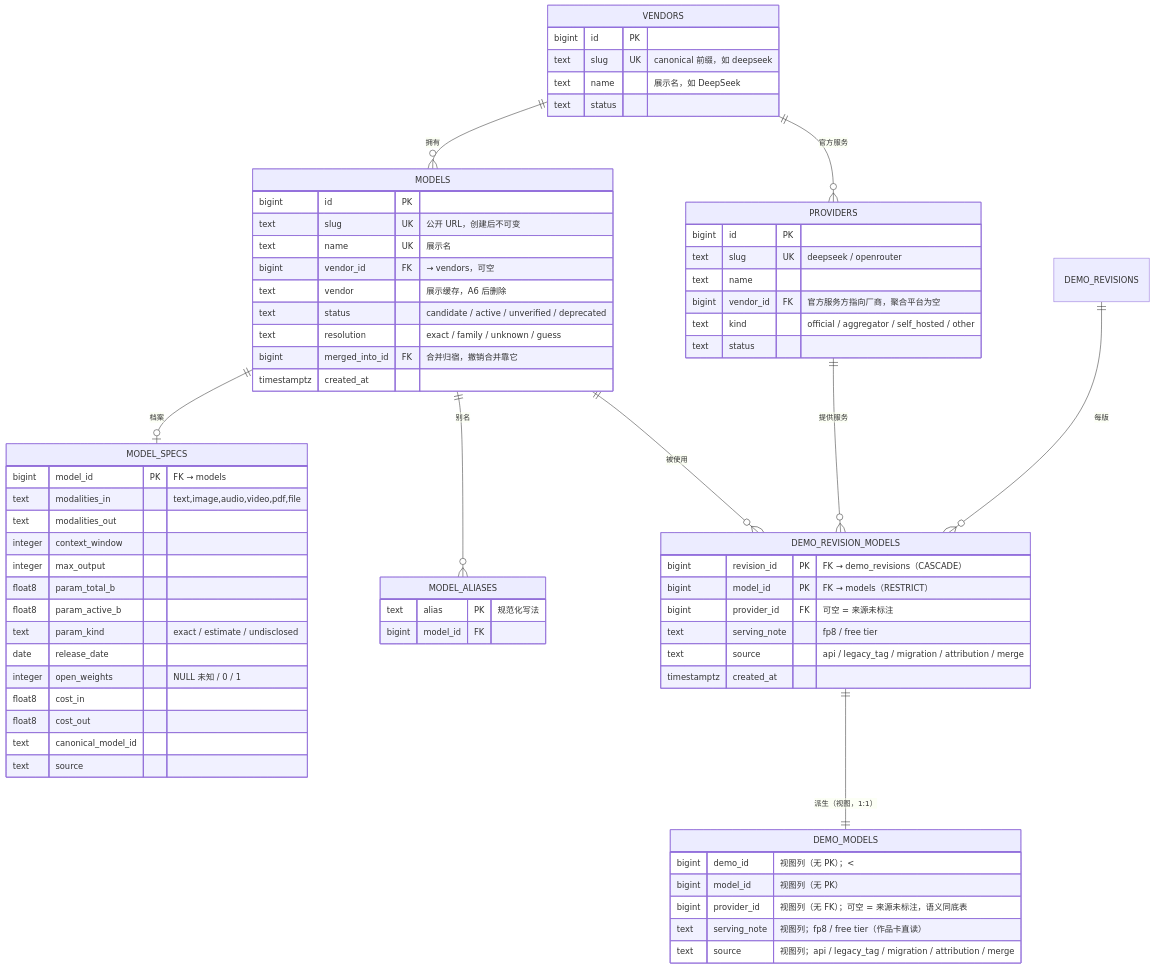
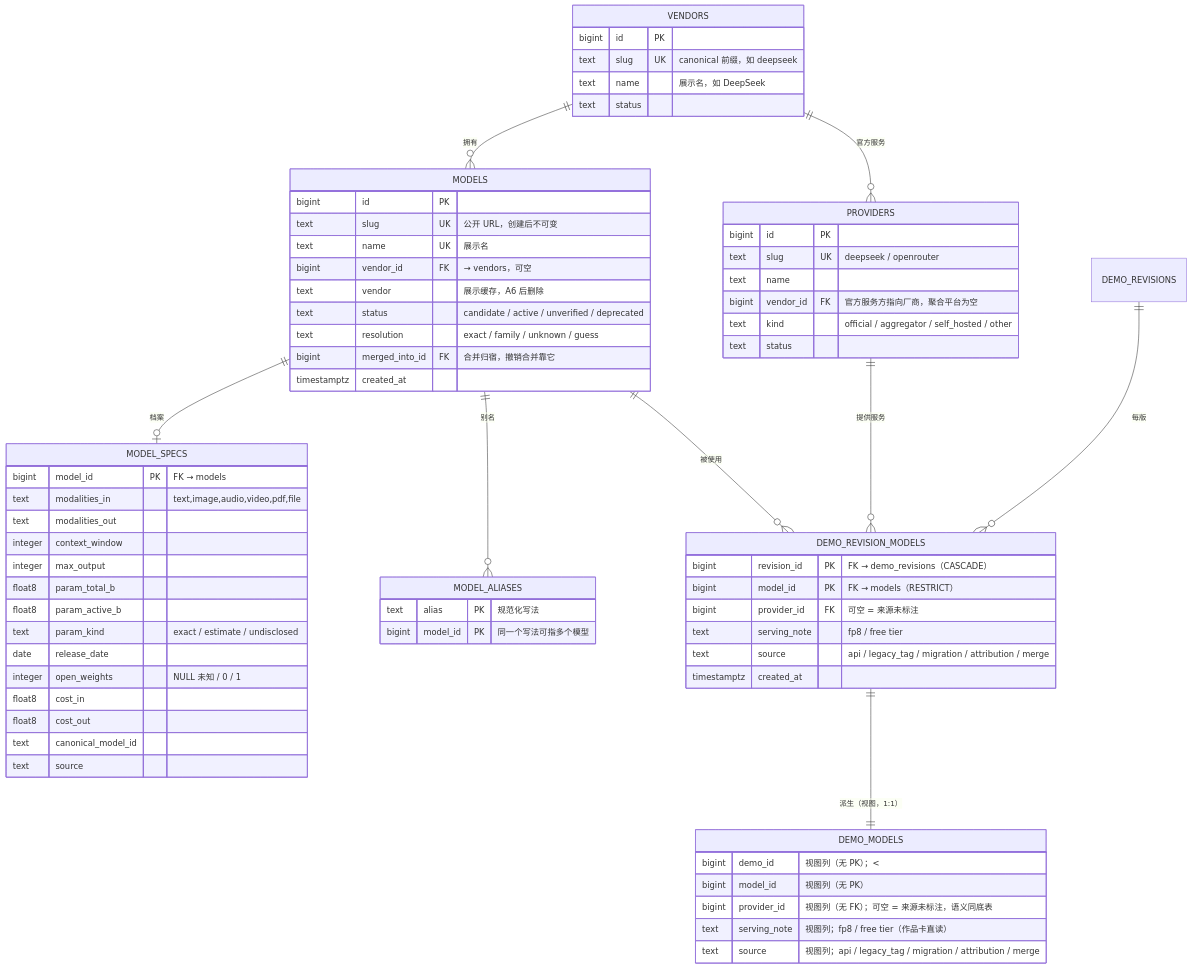
The fourth of 14 diagrams in docs/模型域设计.md (deepdemos/ds-demos-showcase), drawn with Mermaid before and after one commit. The commit also changed other lines of this file and 13 other files, not shown here.

````diff
--- a/docs/模型域设计.md
+++ b/docs/模型域设计.md
@@ -1108,71 +1108,71 @@
 ```mermaid
 erDiagram
     MODELS {
         bigint id PK
         text slug UK "公开 URL，创建后不可变"
         text name UK "展示名"
         bigint vendor_id FK "→ vendors，可空"
         text vendor "展示缓存，A6 后删除"
         text status "candidate / active / unverified / deprecated"
         text resolution "exact / family / unknown / guess"
         bigint merged_into_id FK "合并归宿，撤销合并靠它"
         timestamptz created_at
     }
     MODEL_ALIASES {
         text alias PK "规范化写法"
-        bigint model_id FK
+        bigint model_id PK "同一个写法可指多个模型"
     }
     MODEL_SPECS {
         bigint model_id PK "FK → models"
         text modalities_in "text,image,audio,video,pdf,file"
         text modalities_out
         integer context_window
         integer max_output
         float8 param_total_b
         float8 param_active_b
         text param_kind "exact / estimate / undisclosed"
         date release_date
         integer open_weights "NULL 未知 / 0 / 1"
         float8 cost_in
         float8 cost_out
         text canonical_model_id
         text source
     }
     DEMO_REVISION_MODELS {
         bigint revision_id PK "FK → demo_revisions（CASCADE）"
         bigint model_id PK "FK → models（RESTRICT）"
         bigint provider_id FK "可空 = 来源未标注"
         text serving_note "fp8 / free tier"
         text source "api / legacy_tag / migration / attribution / merge"
         timestamptz created_at
     }
     DEMO_MODELS {
         bigint demo_id "视图列（无 PK）；<<view>> demos ⋈ demo_revision_models(current)"
         bigint model_id "视图列（无 PK）"
         bigint provider_id "视图列（无 FK）；可空 = 来源未标注，语义同底表"
         text serving_note "视图列；fp8 / free tier（作品卡直读）"
         text source "视图列；api / legacy_tag / migration / attribution / merge"
     }
     PROVIDERS {
         bigint id PK
         text slug UK "deepseek / openrouter"
         text name
         bigint vendor_id FK "官方服务方指向厂商，聚合平台为空"
         text kind "official / aggregator / self_hosted / other"
         text status
     }
     VENDORS {
         bigint id PK
         text slug UK "canonical 前缀，如 deepseek"
         text name "展示名，如 DeepSeek"
         text status
     }
     MODELS ||--o| MODEL_SPECS : 档案
     MODELS ||--o{ MODEL_ALIASES : 别名
     DEMO_REVISIONS ||--o{ DEMO_REVISION_MODELS : 每版
     MODELS ||--o{ DEMO_REVISION_MODELS : 被使用
     PROVIDERS ||--o{ DEMO_REVISION_MODELS : 提供服务
     DEMO_REVISION_MODELS ||--|| DEMO_MODELS : "派生（视图，1:1）"
     VENDORS ||--o{ MODELS : 拥有
     VENDORS ||--o{ PROVIDERS : 官方服务
 ```
````
